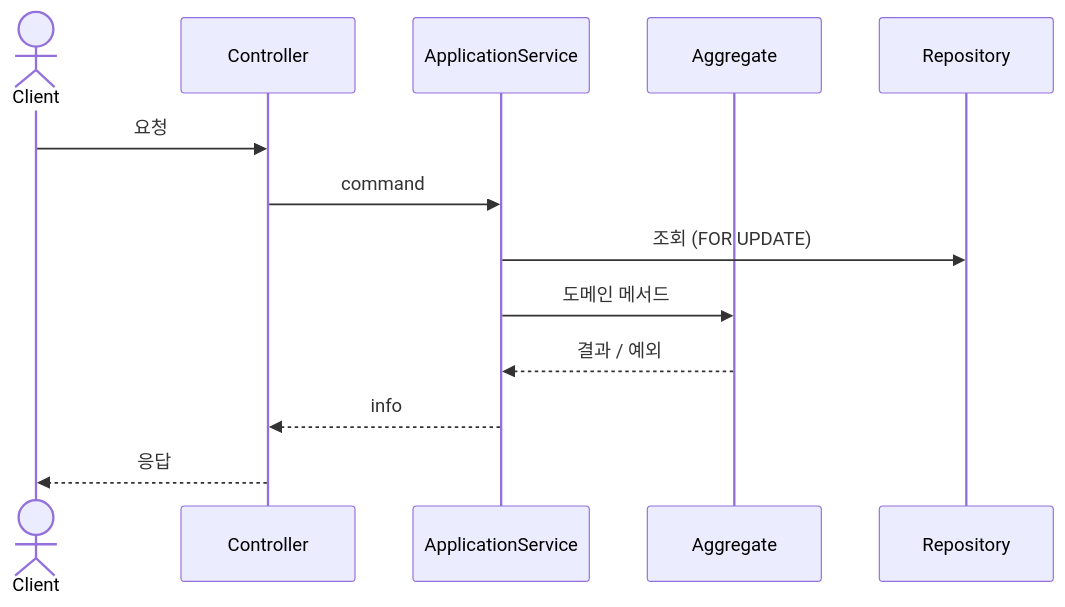
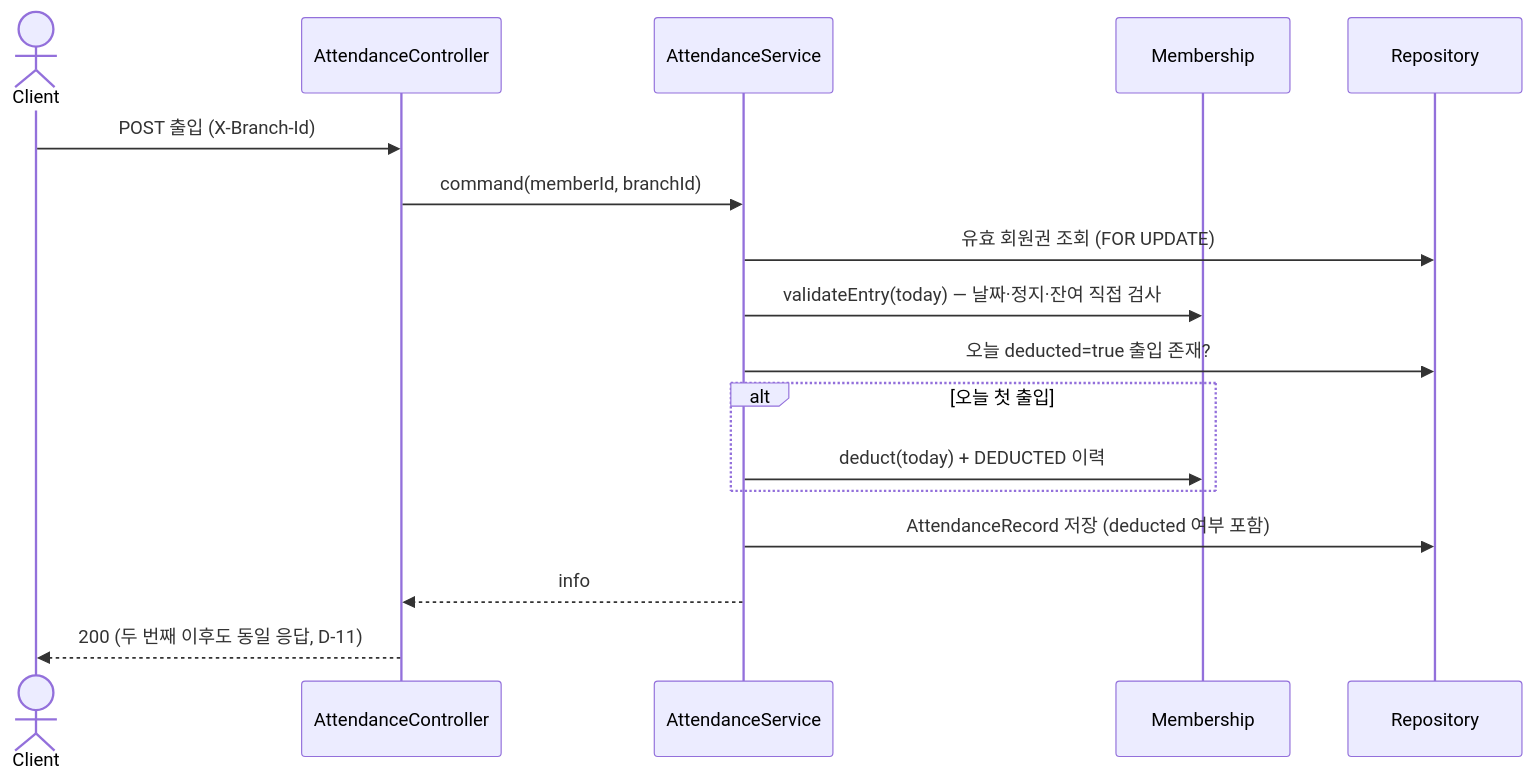
Before and after one commit to Lexyyaa/gym-pass: the third of 3 diagrams in docs/design/03-domain-model.md, drawn with Mermaid. The commit also changed other lines of this file, not shown here.

Commit message:
docs: 도메인 모델 및 ERD 작성

````diff
--- a/docs/design/03-domain-model.md
+++ b/docs/design/03-domain-model.md
@@ -163,16 +449,20 @@
 ```mermaid
 sequenceDiagram
     actor C as Client
-    participant Ctrl as Controller
-    participant App as ApplicationService
-    participant Dom as Aggregate
+    participant Ctrl as AttendanceController
+    participant App as AttendanceService
+    participant M as Membership
     participant Repo as Repository
 
-    C->>Ctrl: 요청
-    Ctrl->>App: command
-    App->>Repo: 조회 (FOR UPDATE)
-    App->>Dom: 도메인 메서드
-    Dom-->>App: 결과 / 예외
+    C->>Ctrl: POST 출입 (X-Branch-Id)
+    Ctrl->>App: command(memberId, branchId)
+    App->>Repo: 유효 회원권 조회 (FOR UPDATE)
+    App->>M: validateEntry(today) — 날짜·정지·잔여 직접 검사
+    App->>Repo: 오늘 deducted=true 출입 존재?
+    alt 오늘 첫 출입
+        App->>M: deduct(today) + DEDUCTED 이력
+    end
+    App->>Repo: AttendanceRecord 저장 (deducted 여부 포함)
     App-->>Ctrl: info
-    Ctrl-->>C: 응답
+    Ctrl-->>C: 200 (두 번째 이후도 동일 응답, D-11)
 ```
````
